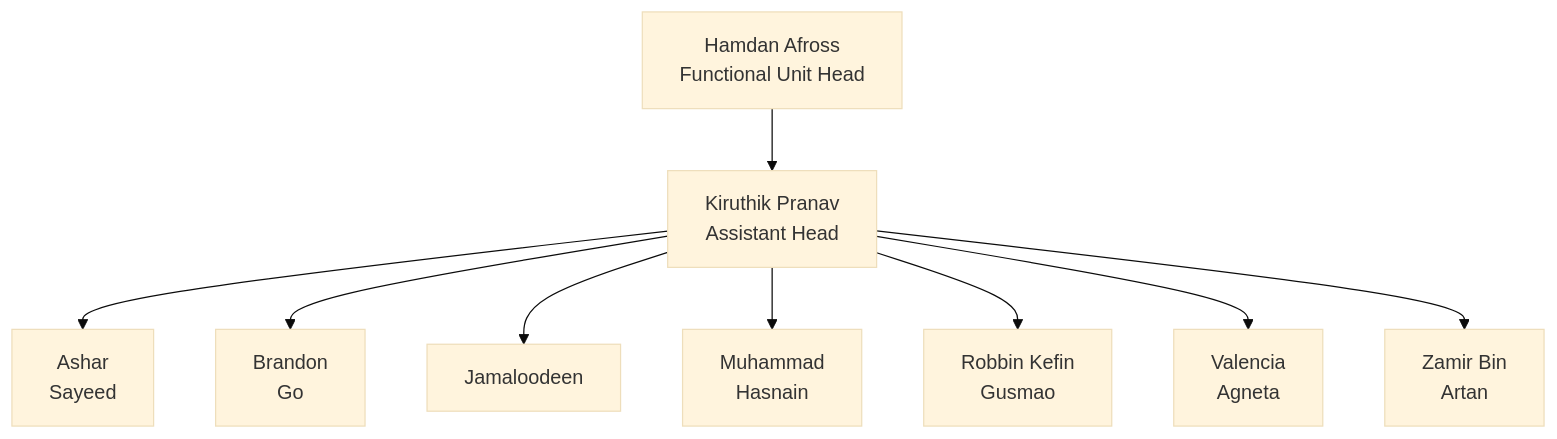
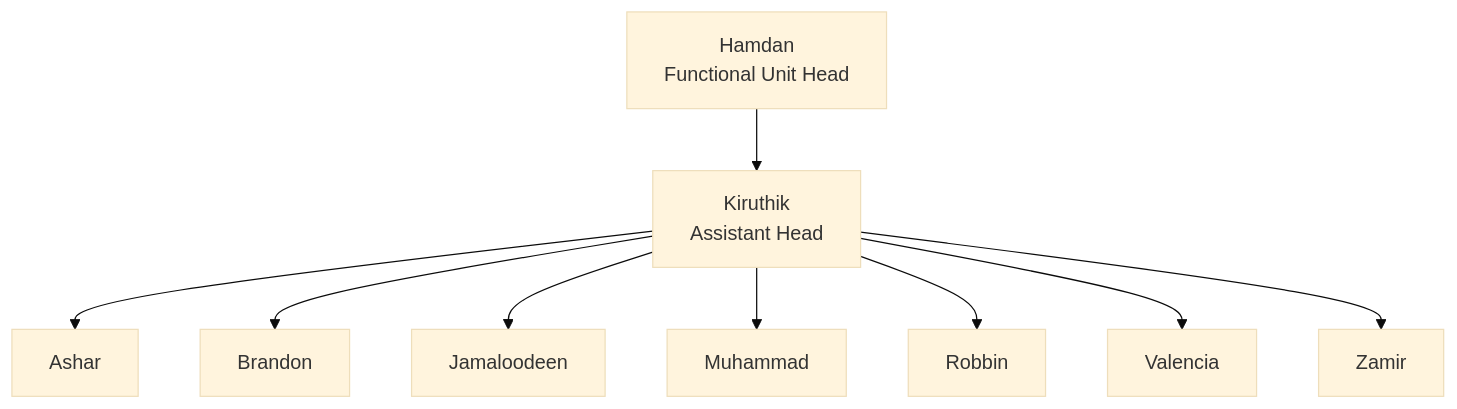
Before and after one commit to TA-Research-Development-Methods/.github: the diagram in profile/diagrams/hardware.mmd, drawn with Mermaid (base theme). The commit also changed 2 other files, not shown here.

Commit message:
Use first names in the Hardware chart

```diff
--- a/profile/diagrams/hardware.mmd
+++ b/profile/diagrams/hardware.mmd
@@ -1,10 +1,10 @@
 flowchart TB
-    hamdan["Hamdan Afross<br/>Functional Unit Head"]
-    hamdan --> kiruthik["Kiruthik Pranav<br/>Assistant Head"]
-    kiruthik --> ashar["Ashar<br/>Sayeed"]
-    kiruthik --> brandon["Brandon<br/>Go"]
+    hamdan["Hamdan<br/>Functional Unit Head"]
+    hamdan --> kiruthik["Kiruthik<br/>Assistant Head"]
+    kiruthik --> ashar["Ashar"]
+    kiruthik --> brandon["Brandon"]
     kiruthik --> jamaloodeen["Jamaloodeen"]
-    kiruthik --> hasnain["Muhammad<br/>Hasnain"]
-    kiruthik --> robbin["Robbin Kefin<br/>Gusmao"]
-    kiruthik --> valencia["Valencia<br/>Agneta"]
-    kiruthik --> zamir["Zamir Bin<br/>Artan"]
+    kiruthik --> muhammad["Muhammad"]
+    kiruthik --> robbin["Robbin"]
+    kiruthik --> valencia["Valencia"]
+    kiruthik --> zamir["Zamir"]
```
